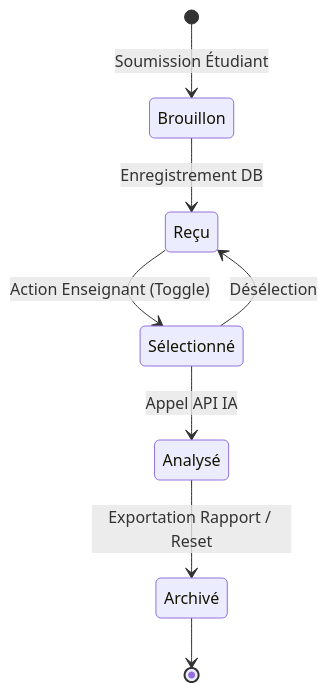
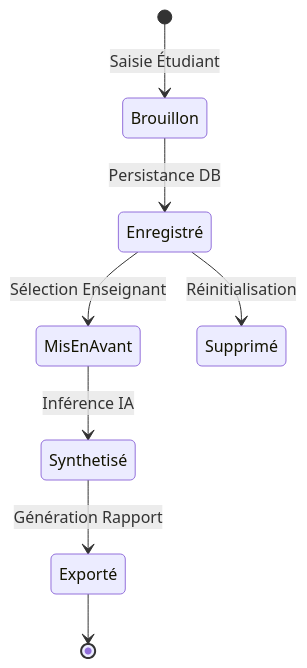
The sixth of 8 diagrams in README.md (mohamedhousniphd/feedny), drawn with Mermaid before and after one commit. The commit also changed other lines of this file, not shown here.

Commit message:
docs: Corriger les erreurs Mermaid et expansion majeure du mémoire (5+ schémas UML/Système)

````diff
--- a/README.md
+++ b/README.md
@@ -180,10 +218,10 @@
 ```mermaid
 stateDiagram-v2
-    [*] --> Brouillon: Soumission Étudiant
-    Brouillon --> Reçu: Enregistrement DB
-    Reçu --> Sélectionné: Action Enseignant (Toggle)
-    Sélectionné --> Analysé: Appel API IA
-    Analysé --> Archivé: Exportation Rapport / Reset
-    Sélectionné --> Reçu: Désélection
-    Archivé --> [*]
+    [*] --> Brouillon: Saisie Étudiant
+    Brouillon --> Enregistré: Persistance DB
+    Enregistré --> MisEnAvant: Sélection Enseignant
+    MisEnAvant --> Synthetisé: Inférence IA
+    Synthetisé --> Exporté: Génération Rapport
+    Enregistré --> Supprimé: Réinitialisation
+    Exporté --> [*]
 ```
````
